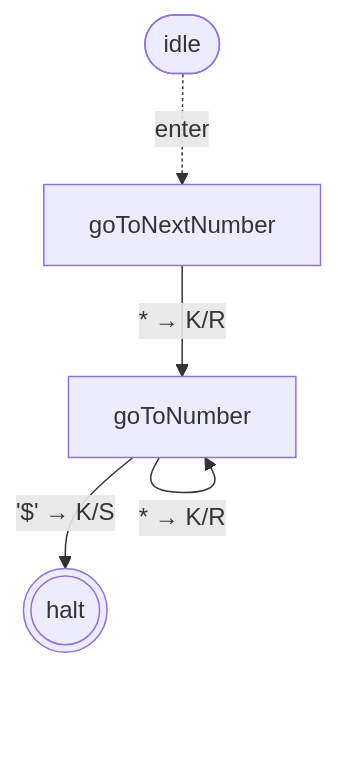
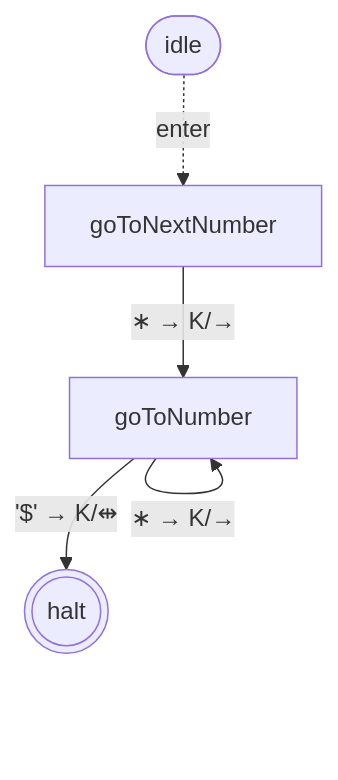
The second of 10 diagrams in packages/library-binary-numbers/states.md (mellonis/turing-machine-js), drawn with Mermaid before and after one commit. The commit also changed other lines of this file and 6 other files, not shown here.

````diff
--- a/packages/library-binary-numbers/states.md
+++ b/packages/library-binary-numbers/states.md
@@ -22,12 +22,12 @@
 ```mermaid
 flowchart TD
 %% alphabets: [[" ","^","$","0","1"]]
   s0(((halt)))
   s1["goToNumber"]
   s2["goToNextNumber"]
   idle([idle])
   idle -. enter .-> s2
-  s1 -- "'$' → K/S" --> s0
-  s1 -- "* → K/R" --> s1
-  s2 -- "* → K/R" --> s1
+  s1 -- "'$' → K/⇹" --> s0
+  s1 -- "∗ → K/→" --> s1
+  s2 -- "∗ → K/→" --> s1
 ```
````
